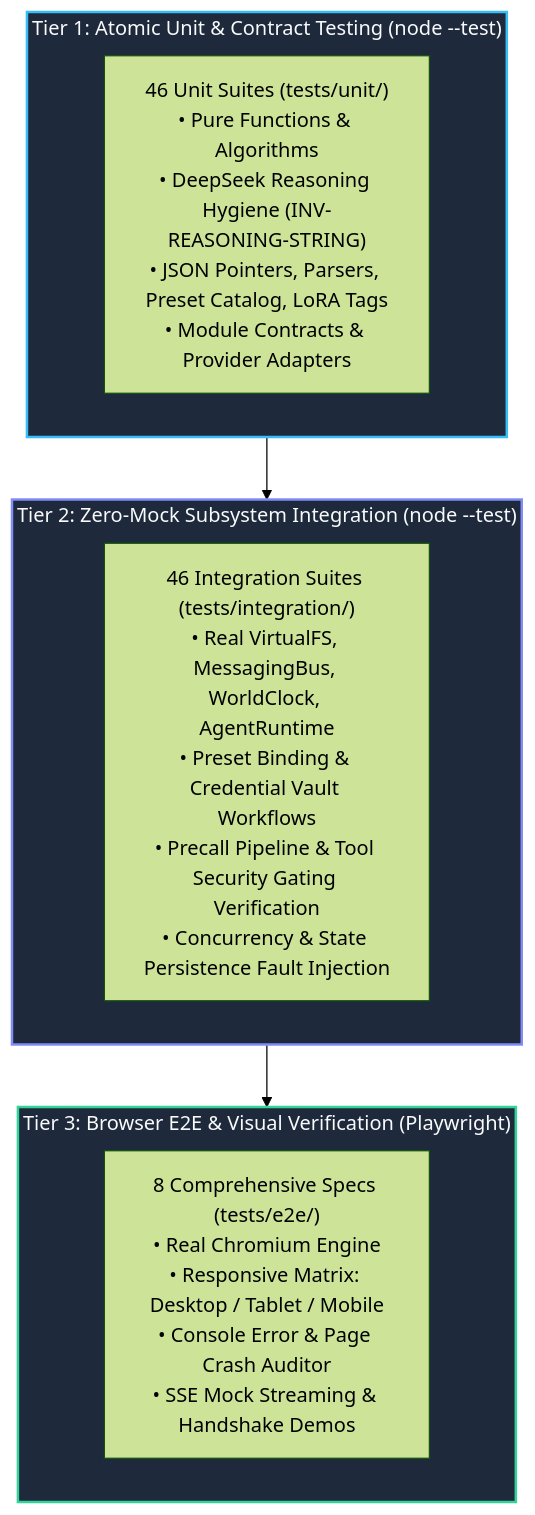
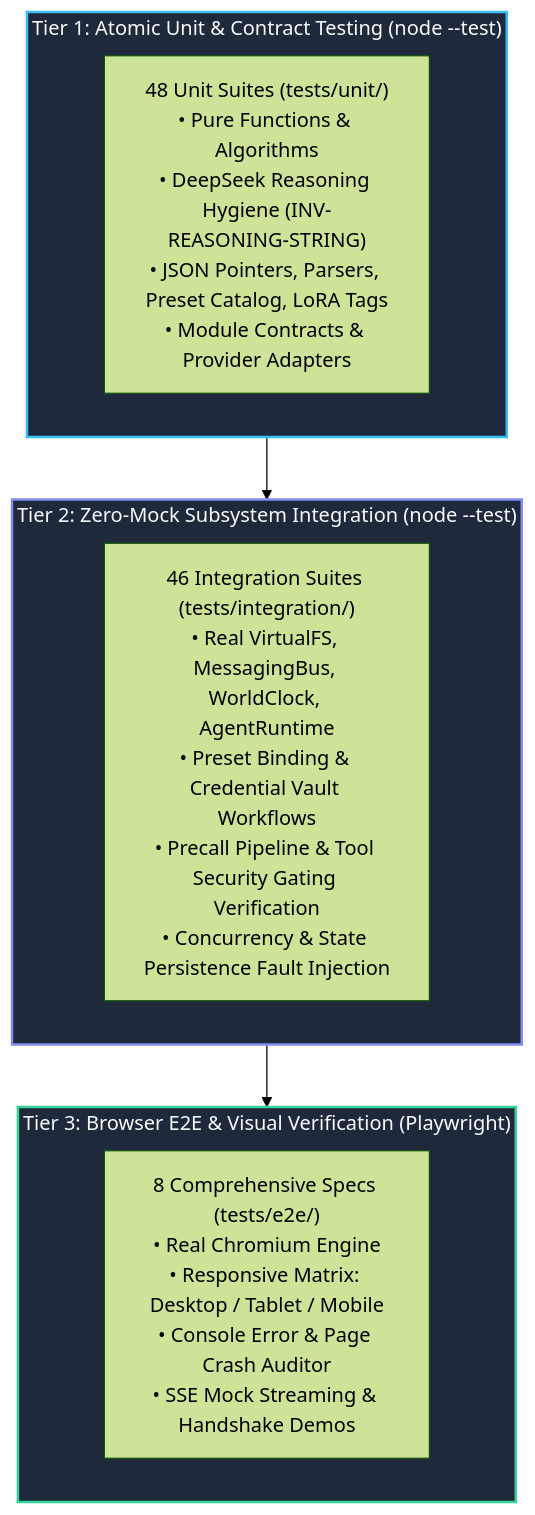
Before and after one commit to crestfallnafterdark/nightcurtain: the first of 3 diagrams in docs/testing/testing_strategy.md, drawn with Mermaid (forest theme). The commit also changed other lines of this file and 9 other files, not shown here.

````diff
--- a/docs/testing/testing_strategy.md
+++ b/docs/testing/testing_strategy.md
@@ -15,24 +15,24 @@
 ```mermaid
 graph TD
     subgraph L3["Tier 3: Browser E2E & Visual Verification (Playwright)"]
         E2E["8 Comprehensive Specs (tests/e2e/)<br/>• Real Chromium Engine<br/>• Responsive Matrix: Desktop / Tablet / Mobile<br/>• Console Error & Page Crash Auditor<br/>• SSE Mock Streaming & Handshake Demos"]
     end
 
     subgraph L2["Tier 2: Zero-Mock Subsystem Integration (node --test)"]
         INT["46 Integration Suites (tests/integration/)<br/>• Real VirtualFS, MessagingBus, WorldClock, AgentRuntime<br/>• Preset Binding & Credential Vault Workflows<br/>• Precall Pipeline & Tool Security Gating Verification<br/>• Concurrency & State Persistence Fault Injection"]
     end
 
     subgraph L1["Tier 1: Atomic Unit & Contract Testing (node --test)"]
-        UNIT["46 Unit Suites (tests/unit/)<br/>• Pure Functions & Algorithms<br/>• DeepSeek Reasoning Hygiene (INV-REASONING-STRING)<br/>• JSON Pointers, Parsers, Preset Catalog, LoRA Tags<br/>• Module Contracts & Provider Adapters"]
+        UNIT["48 Unit Suites (tests/unit/)<br/>• Pure Functions & Algorithms<br/>• DeepSeek Reasoning Hygiene (INV-REASONING-STRING)<br/>• JSON Pointers, Parsers, Preset Catalog, LoRA Tags<br/>• Module Contracts & Provider Adapters"]
     end
 
     L1 --> L2
     L2 --> L3
 
     classDef l1 fill:#1e293b,stroke:#38bdf8,stroke-width:2px,color:#f8fafc;
     classDef l2 fill:#1e293b,stroke:#818cf8,stroke-width:2px,color:#f8fafc;
     classDef l3 fill:#1e293b,stroke:#34d399,stroke-width:2px,color:#f8fafc;
     class L1 l1;
     class L2 l2;
     class L3 l3;
 ```
````
